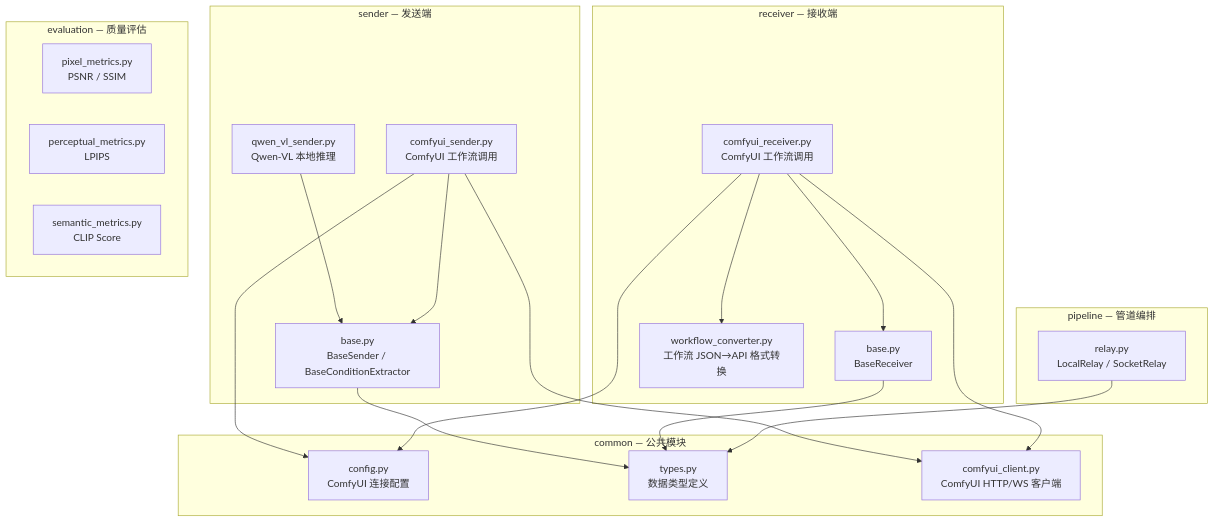
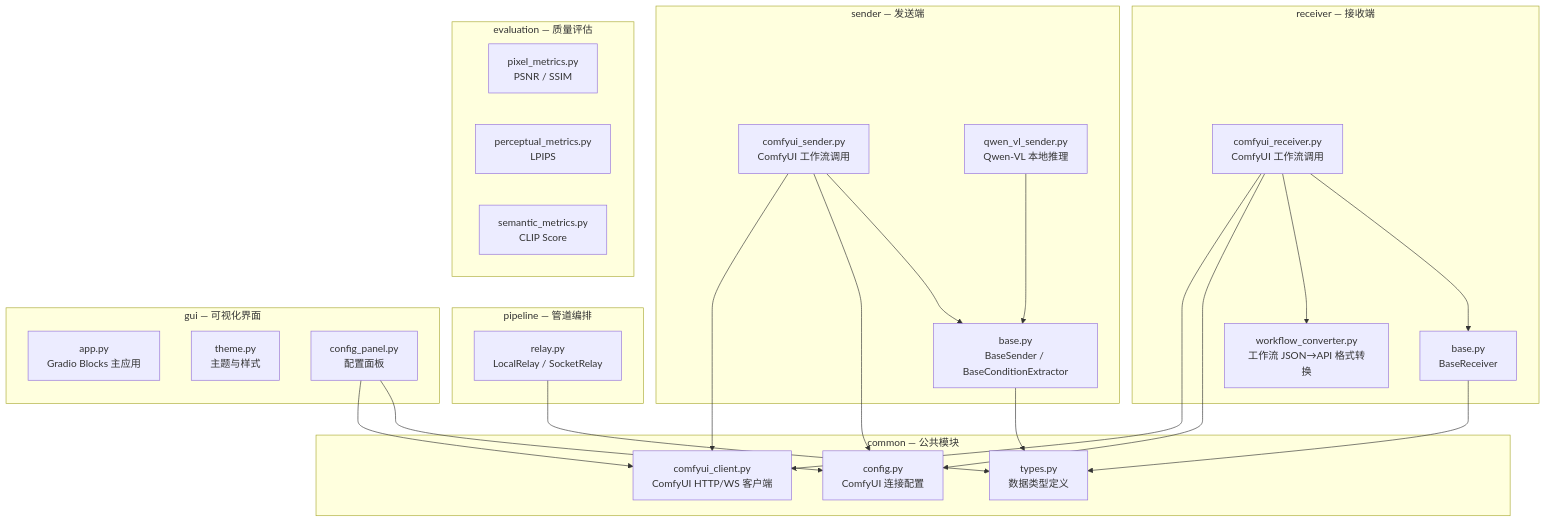
The first of 3 diagrams in docs/architecture.md (chy5301/semantic-transmission), drawn with Mermaid before and after one commit. The commit also changed 12 other files, not shown here.

First line of the commit message:
feat(gui): 搭建 Gradio GUI 基础框架与配置面板（P2-25）

````diff
--- a/docs/architecture.md
+++ b/docs/architecture.md
@@ -5,42 +5,51 @@
 ```mermaid
 graph TB
     subgraph common["common — 公共模块"]
         config["config.py<br/>ComfyUI 连接配置"]
         types["types.py<br/>数据类型定义"]
         client["comfyui_client.py<br/>ComfyUI HTTP/WS 客户端"]
     end
 
     subgraph sender["sender — 发送端"]
         base_s["base.py<br/>BaseSender / BaseConditionExtractor"]
         comfyui_s["comfyui_sender.py<br/>ComfyUI 工作流调用"]
         qwen_vl["qwen_vl_sender.py<br/>Qwen-VL 本地推理"]
     end
 
     subgraph receiver["receiver — 接收端"]
         base_r["base.py<br/>BaseReceiver"]
         comfyui_r["comfyui_receiver.py<br/>ComfyUI 工作流调用"]
         wf_conv["workflow_converter.py<br/>工作流 JSON→API 格式转换"]
     end
 
     subgraph pipeline["pipeline — 管道编排"]
         relay["relay.py<br/>LocalRelay / SocketRelay"]
     end
 
     subgraph evaluation["evaluation — 质量评估"]
         pixel["pixel_metrics.py<br/>PSNR / SSIM"]
         perceptual["perceptual_metrics.py<br/>LPIPS"]
         semantic["semantic_metrics.py<br/>CLIP Score"]
     end
 
+    subgraph gui["gui — 可视化界面"]
+        app["app.py<br/>Gradio Blocks 主应用"]
+        theme["theme.py<br/>主题与样式"]
+        config_panel["config_panel.py<br/>配置面板"]
+    end
+
+    config_panel --> client
+    config_panel --> config
+
     base_s --> types
     base_r --> types
     comfyui_s --> client
     comfyui_s --> config
     comfyui_r --> client
     comfyui_r --> config
     comfyui_r --> wf_conv
     qwen_vl --> base_s
     comfyui_s --> base_s
     comfyui_r --> base_r
     relay --> types
 ```
````
